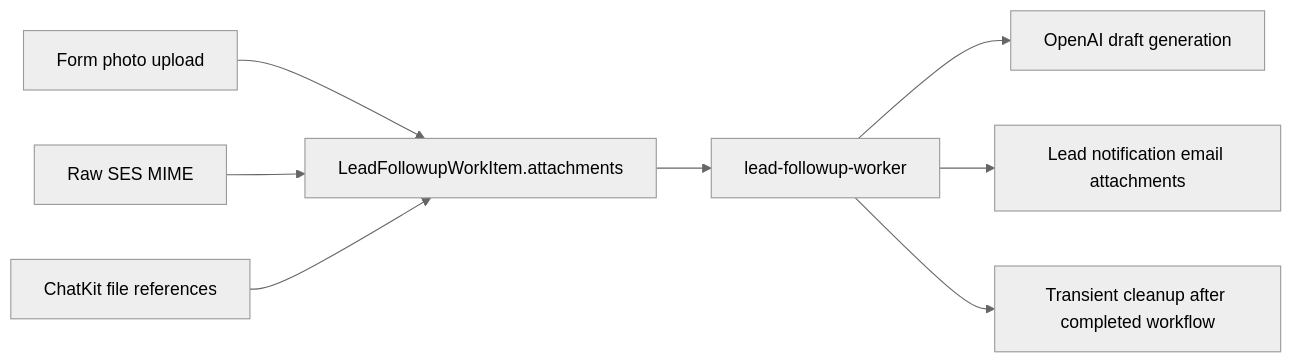
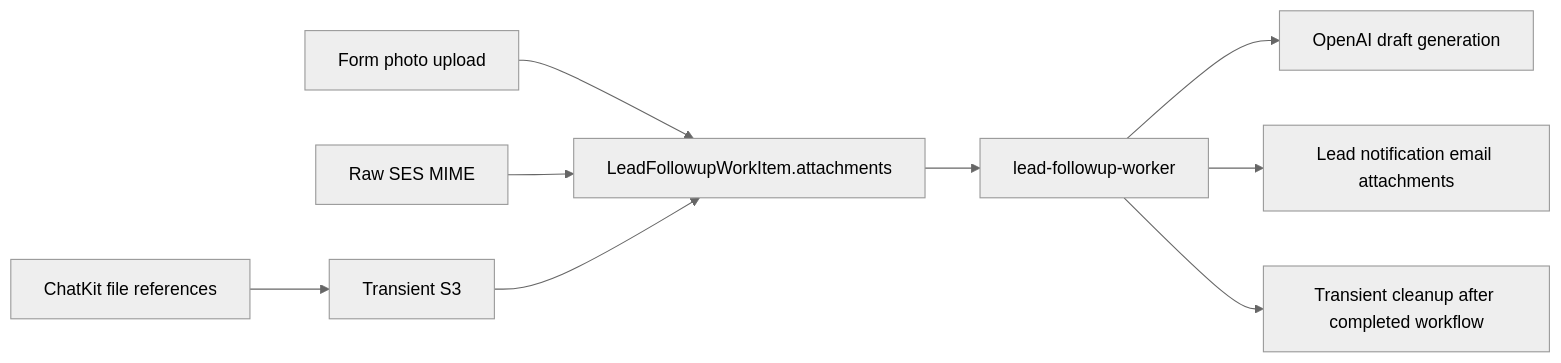
One commit to michaelgiraldo/craigs-autos changed the first of 3 diagrams in docs/lead-photo-attachments.md. Above: the diagram before and after it, drawn with Mermaid (neutral theme). The commit also changed other lines of this file and 6 other files, not shown here.

Commit message:
Persist ChatKit lead photos for follow-up

````diff
--- a/docs/lead-photo-attachments.md
+++ b/docs/lead-photo-attachments.md
@@ -33,10 +33,11 @@
 ```mermaid
 flowchart LR
   Form["Form photo upload"] --> Manifest["LeadFollowupWorkItem.attachments"]
   Email["Raw SES MIME"] --> Manifest
-  Chat["ChatKit file references"] --> Manifest
+  Chat["ChatKit file references"] --> S3["Transient S3"]
+  S3 --> Manifest
   Manifest --> Worker["lead-followup-worker"]
   Worker --> OpenAI["OpenAI draft generation"]
   Worker --> LeadNotice["Lead notification email attachments"]
   Worker --> Cleanup["Transient cleanup after completed workflow"]
 ```
````
